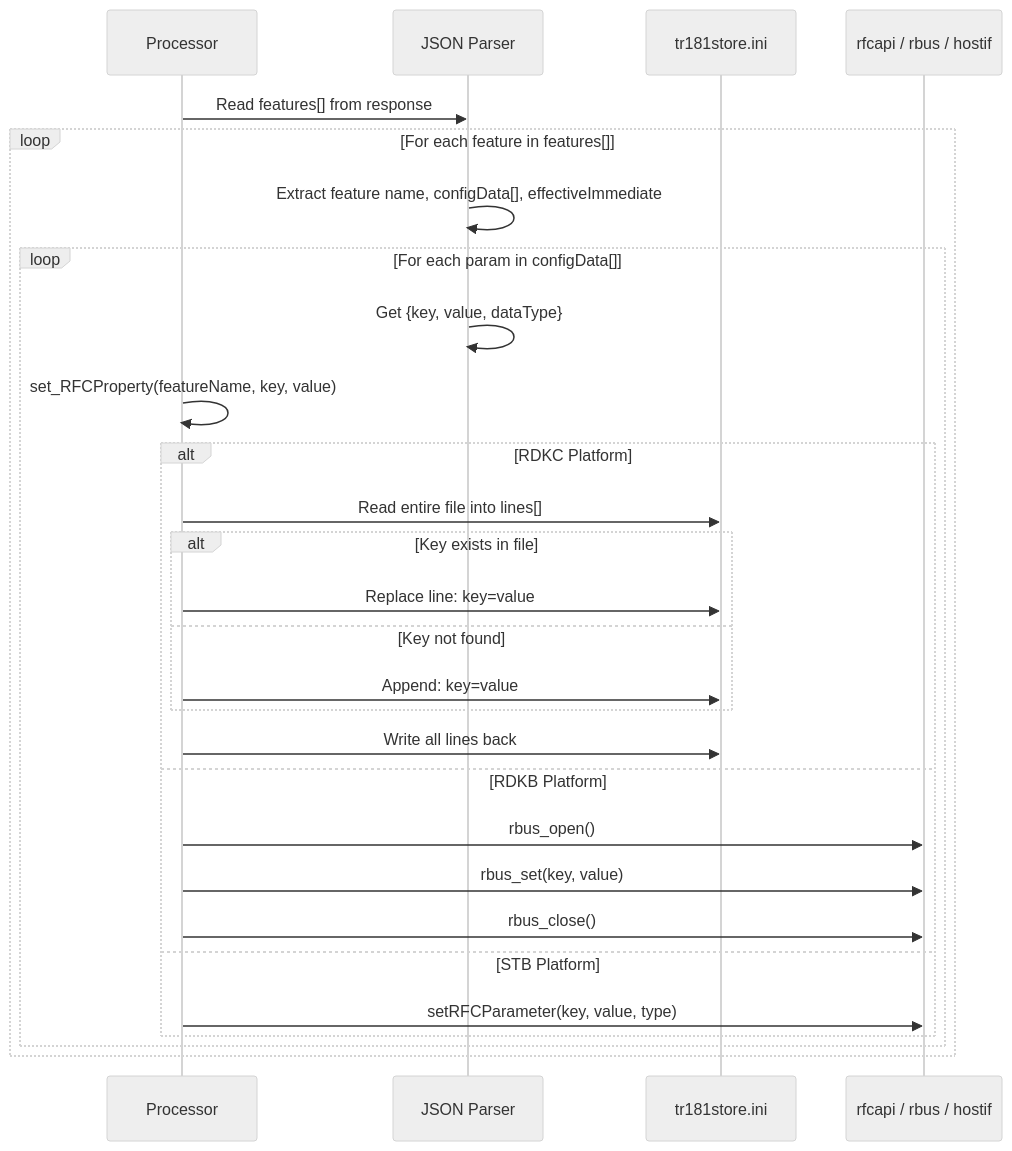
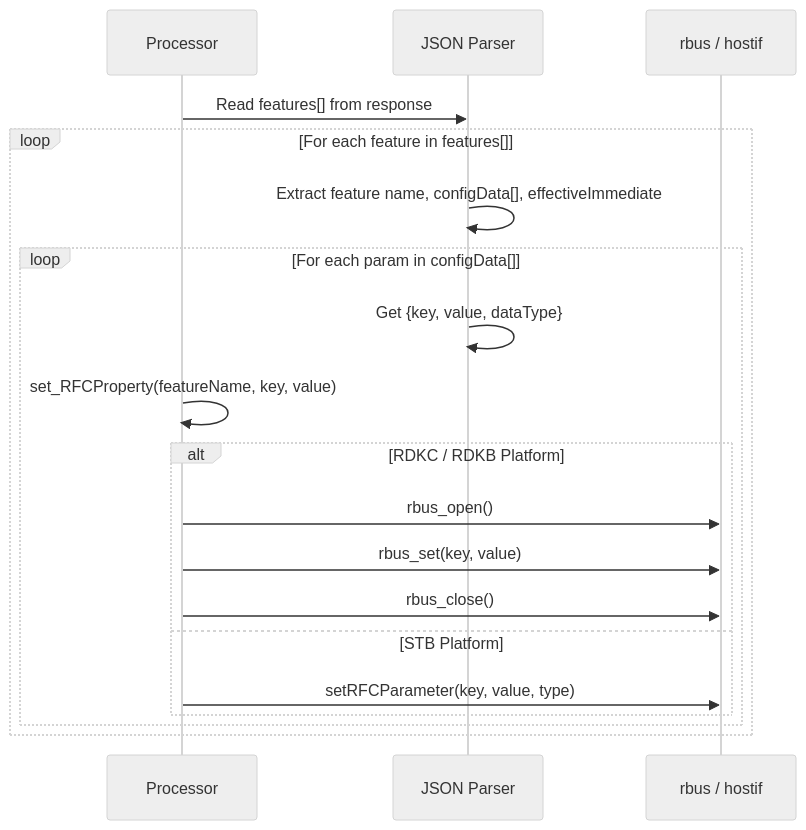
Before and after one commit to rdkcentral/rfc: the seventh of 9 diagrams in docs/sequence-diagrams.md, drawn with Mermaid (neutral theme). The commit also changed other lines of this file and 3 other files, not shown here.

````diff
--- a/docs/sequence-diagrams.md
+++ b/docs/sequence-diagrams.md
@@ -344,37 +340,26 @@
 ```mermaid
 sequenceDiagram
     participant Proc as Processor
     participant JSON as JSON Parser
-    participant INI as tr181store.ini
-    participant API as rfcapi / rbus / hostif
+    participant API as rbus / hostif
 
     Proc->>JSON: Read features[] from response
     
     loop For each feature in features[]
         JSON->>JSON: Extract feature name, configData[], effectiveImmediate
         
         loop For each param in configData[]
             JSON->>JSON: Get {key, value, dataType}
             
             Proc->>Proc: set_RFCProperty(featureName, key, value)
             
-            alt RDKC Platform
-                Proc->>INI: Read entire file into lines[]
-                
-                alt Key exists in file
-                    Proc->>INI: Replace line: key=value
-                else Key not found
-                    Proc->>INI: Append: key=value
-                end
-                
-                Proc->>INI: Write all lines back
-            else RDKB Platform
+            alt RDKC / RDKB Platform
                 Proc->>API: rbus_open()
                 Proc->>API: rbus_set(key, value)
                 Proc->>API: rbus_close()
             else STB Platform
                 Proc->>API: setRFCParameter(key, value, type)
             end
         end
     end
 ```
````
